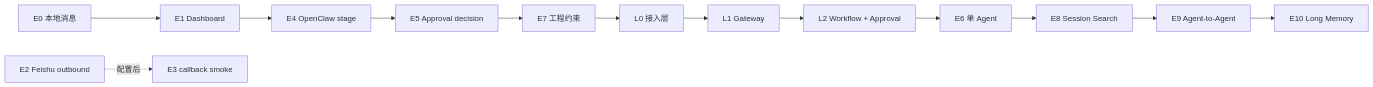
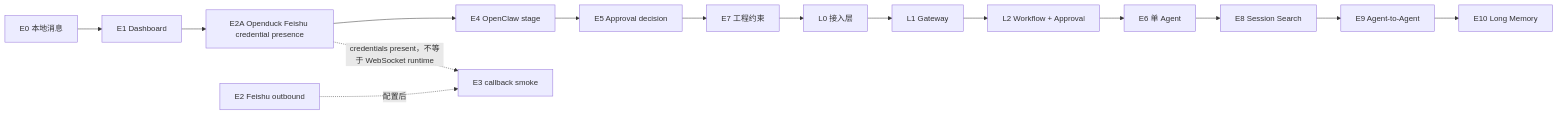
Before and after one commit to mayf3/myclaw: the first of 10 diagrams in docs/implementation-architecture.md, drawn with Mermaid. The commit also changed other lines of this file and 28 other files, not shown here.

Commit message:
feat: add safe openduck Feishu import

````diff
--- a/docs/implementation-architecture.md
+++ b/docs/implementation-architecture.md
@@ -21,15 +21,17 @@
 ```mermaid
 flowchart LR
   E0[E0 本地消息] --> E1[E1 Dashboard]
-  E1 --> E4[E4 OpenClaw stage]
+  E1 --> E2A[E2A Openduck Feishu credential presence]
+  E2A --> E4[E4 OpenClaw stage]
   E4 --> E5[E5 Approval decision]
   E5 --> E7[E7 工程约束]
   E7 --> L0[L0 接入层]
   L0 --> L1[L1 Gateway]
   L1 --> L2[L2 Workflow + Approval]
   L2 --> E6[E6 单 Agent]
   E6 --> E8[E8 Session Search]
   E8 --> E9[E9 Agent-to-Agent]
   E9 --> E10[E10 Long Memory]
   E2[E2 Feishu outbound] -.配置后.-> E3[E3 callback smoke]
+  E2A -.credentials present，不等于 WebSocket runtime.-> E3
 ```
````
